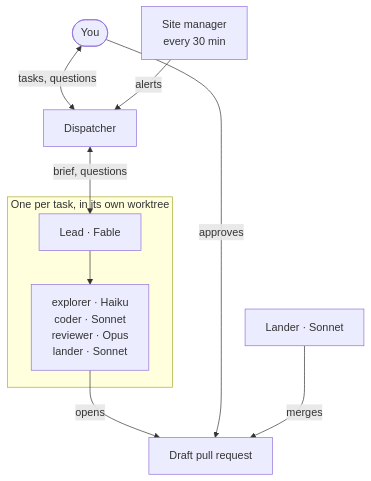
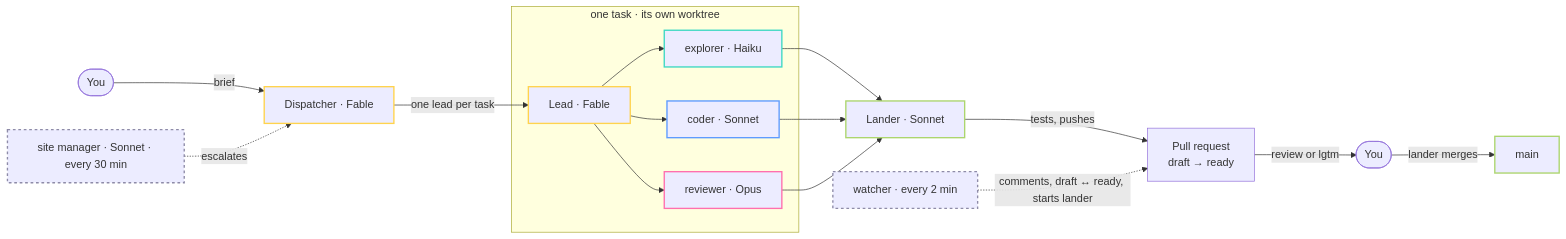
One commit to andreiciobotar/isshoni changed the first of 2 diagrams in README.md. Above: the diagram before and after it, drawn with Mermaid. The commit also changed other lines of this file and 2 other files, not shown here.

Commit message:
README: rough comparison of two diagram options (Mermaid LR, hand-written SVG wide and narrow)
Phase 1 of readme-diagrams: both options sit under temporary headings.

````diff
--- a/README.md
+++ b/README.md
@@ -63,12 +65,28 @@
 ```mermaid
-flowchart TD
-    you([You]) <-- tasks, questions --> disp[Dispatcher]
-    disp <-- brief, questions --> lead
-    subgraph task [One per task, in its own worktree]
-        lead[Lead · Fable] --> subs[explorer · Haiku<br>coder · Sonnet<br>reviewer · Opus<br>lander · Sonnet]
+flowchart LR
+    you([You]) -- brief --> disp[Dispatcher · Fable]
+    disp -- one lead per task --> lead
+    subgraph task [one task · its own worktree]
+        lead[Lead · Fable] --> ex[explorer · Haiku]
+        lead --> co[coder · Sonnet]
+        lead --> rv[reviewer · Opus]
     end
-    subs -- opens --> pr[Draft pull request]
-    you -- approves --> pr
-    sm[Site manager<br>every 30 min] -- alerts --> disp
-    lander[Lander · Sonnet] -- merges --> pr
+    ex & co & rv --> lander[Lander · Sonnet]
+    lander -- tests, pushes --> pr[Pull request<br>draft → ready]
+    pr -- review or lgtm --> you2([You])
+    you2 -- lander merges --> main[main]
+    watcher[watcher · every 2 min] -. comments, draft ↔ ready, starts lander .-> pr
+    sm[site manager · Sonnet · every 30 min] -. escalates .-> disp
+    classDef yellow stroke:#FFD34E,stroke-width:2px
+    classDef teal stroke:#3FD8C4,stroke-width:2px
+    classDef blue stroke:#5E9BFF,stroke-width:2px
+    classDef pink stroke:#FF6FAE,stroke-width:2px
+    classDef lime stroke:#ACD56E,stroke-width:2px
+    classDef muted stroke:#8E8BA8,stroke-width:2px,stroke-dasharray:4
+    class disp,lead yellow
+    class ex teal
+    class co blue
+    class rv pink
+    class lander,main lime
+    class watcher,sm muted
 ```
````
